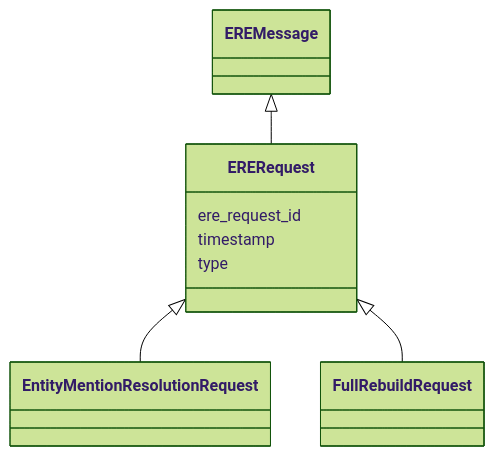
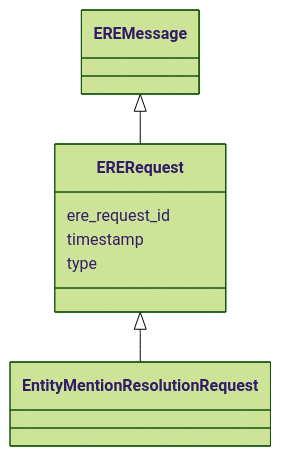
Before and after one commit to OP-TED/entity-resolution-spec: the diagram in docs/schema/ERERequest.md, drawn with Mermaid (forest theme). The commit also changed other lines of this file and 22 other files, not shown here.

First line of the commit message:
feat: regenerate ERE LinkML schema docs and other derived files

````diff
--- a/docs/schema/ERERequest.md
+++ b/docs/schema/ERERequest.md
@@ -22,22 +22,20 @@
 ```mermaid
  classDiagram
     class ERERequest
     click ERERequest href "../ERERequest/"
       EREMessage <|-- ERERequest
         click EREMessage href "../EREMessage/"
       
 
       ERERequest <|-- EntityMentionResolutionRequest
         click EntityMentionResolutionRequest href "../EntityMentionResolutionRequest/"
-      ERERequest <|-- FullRebuildRequest
-        click FullRebuildRequest href "../FullRebuildRequest/"
       
 
       ERERequest : ere_request_id
         
       ERERequest : timestamp
         
       ERERequest : type
         
       
 ```
````
